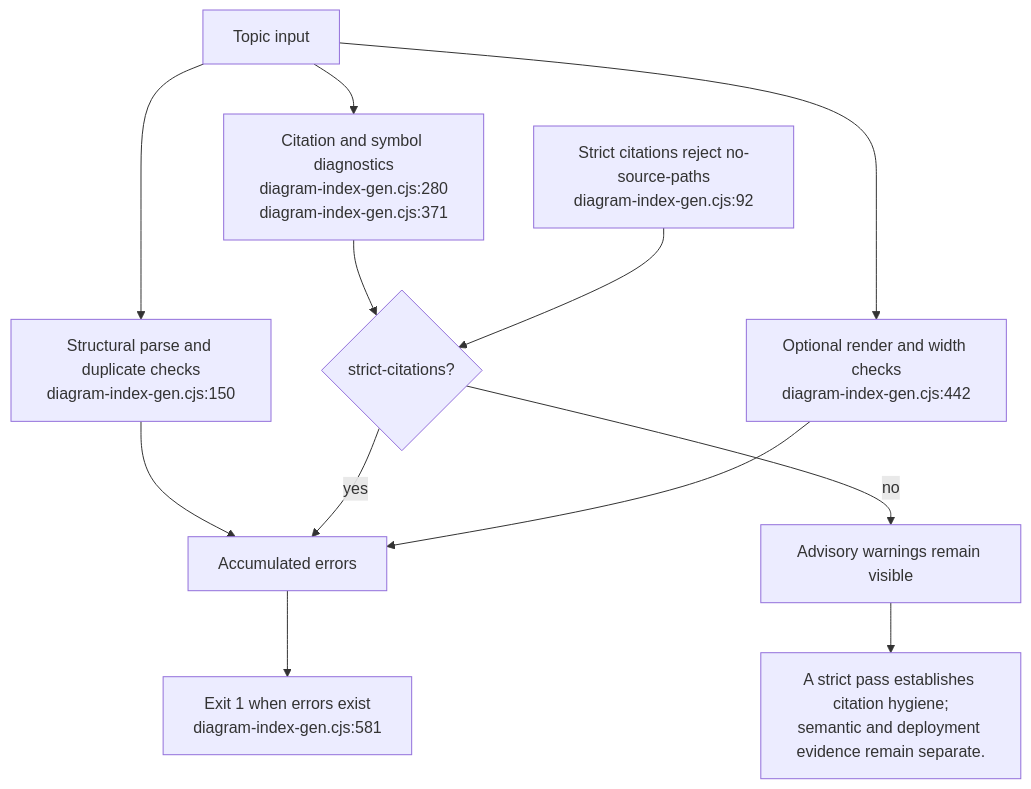
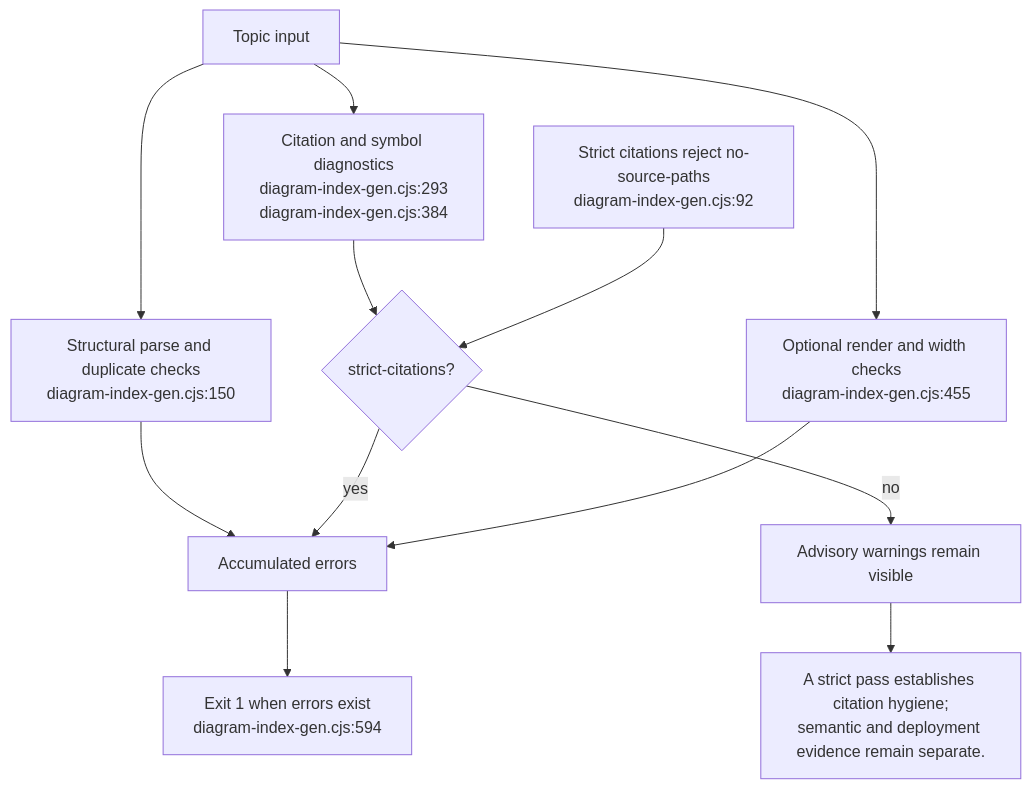
Before and after one commit to DreamLab-AI/VisionFlow: the ninth of 13 diagrams in docs/diagrams/visionflow/06-diagram-tooling.md, drawn with Mermaid. The commit also changed other lines of this file and 292 other files, not shown here.

````diff
--- a/docs/diagrams/visionflow/06-diagram-tooling.md
+++ b/docs/diagrams/visionflow/06-diagram-tooling.md
@@ -298,15 +298,15 @@
 ```mermaid
 flowchart TB
     I["Topic input"] --> P["Structural parse and duplicate checks<br/>diagram-index-gen.cjs:150"]
     P --> ERR["Accumulated errors"]
-    I --> C["Citation and symbol diagnostics<br/>diagram-index-gen.cjs:280<br/>diagram-index-gen.cjs:371"]
+    I --> C["Citation and symbol diagnostics<br/>diagram-index-gen.cjs:293<br/>diagram-index-gen.cjs:384"]
     C --> STRICT{"strict-citations?"}
     STRICT -->|yes| ERR
     STRICT -->|no| WARN["Advisory warnings remain visible"]
-    I --> R["Optional render and width checks<br/>diagram-index-gen.cjs:442"]
+    I --> R["Optional render and width checks<br/>diagram-index-gen.cjs:455"]
     R --> ERR
-    ERR --> FAIL["Exit 1 when errors exist<br/>diagram-index-gen.cjs:581"]
+    ERR --> FAIL["Exit 1 when errors exist<br/>diagram-index-gen.cjs:594"]
     MODE["Strict citations reject no-source-paths<br/>diagram-index-gen.cjs:92"] --> STRICT
     LIMIT["A strict pass establishes citation hygiene;<br/>semantic and deployment evidence remain separate."]
     WARN --> LIMIT
 ```
````
